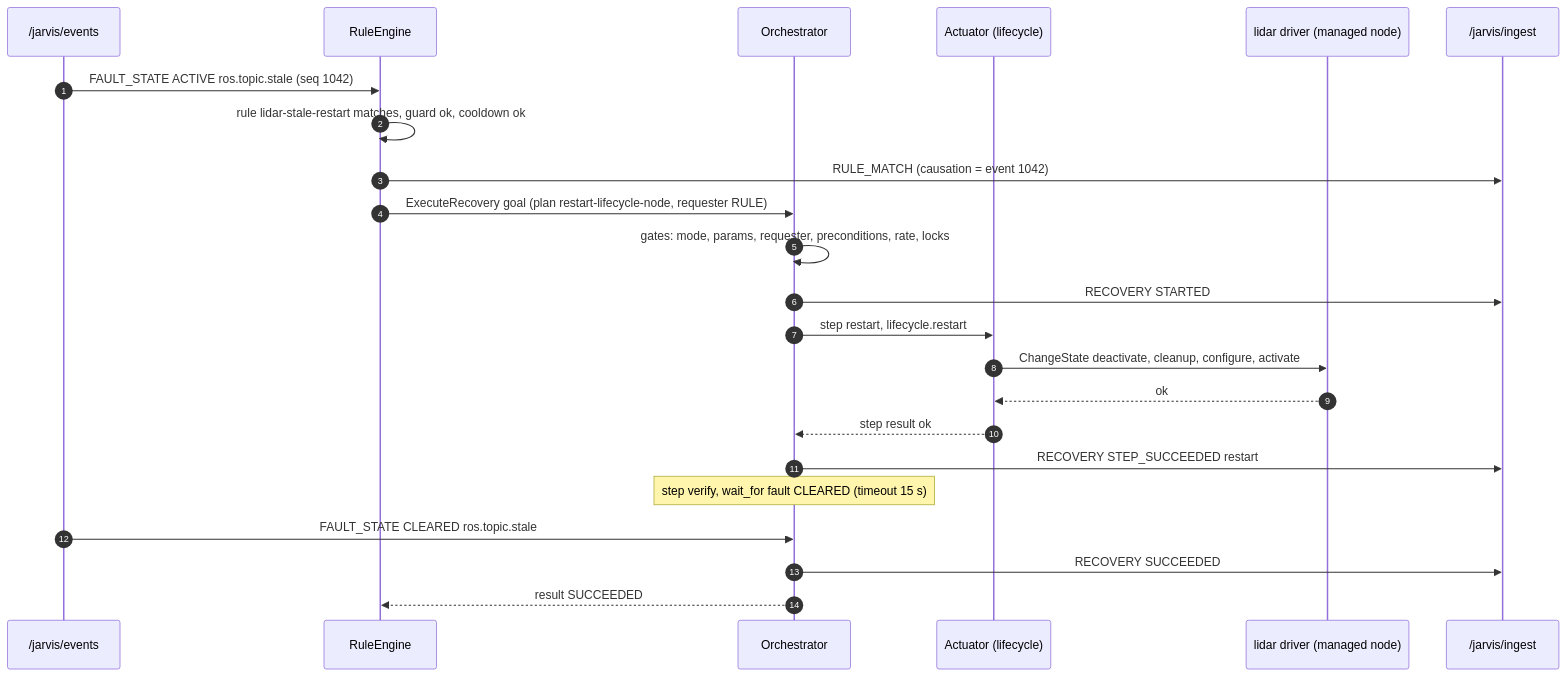
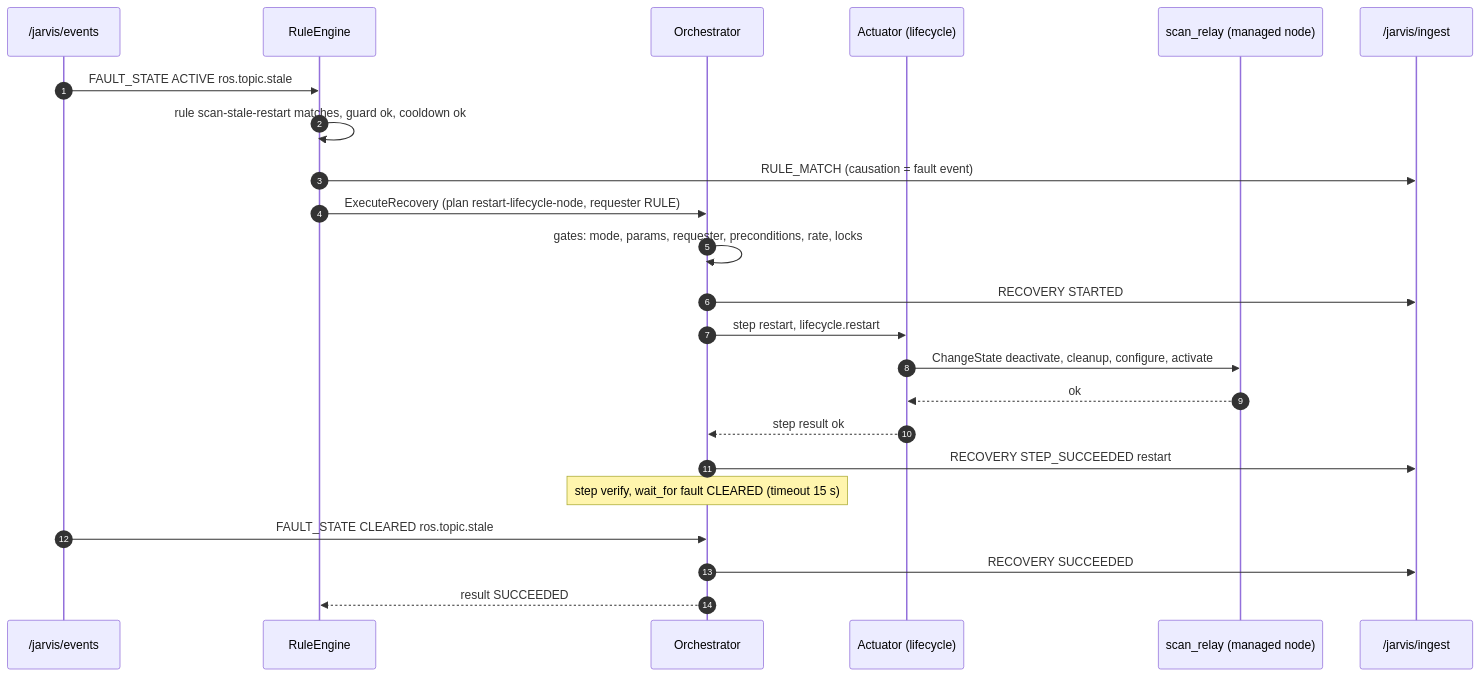
The fourth of 10 diagrams in docs/design/04-data-flow.md (guilyx/jarvis_ros2), drawn with Mermaid before and after one commit. The commit also changed other lines of this file and 20 other files, not shown here.

````diff
--- a/docs/design/04-data-flow.md
+++ b/docs/design/04-data-flow.md
@@ -105,26 +103,26 @@
 ```mermaid
 sequenceDiagram
   autonumber
   participant EV as /jarvis/events
   participant RE as RuleEngine
   participant RO as Orchestrator
   participant A as Actuator (lifecycle)
-  participant N as lidar driver (managed node)
+  participant N as scan_relay (managed node)
   participant IN as /jarvis/ingest
 
-  EV->>RE: FAULT_STATE ACTIVE ros.topic.stale (seq 1042)
-  RE->>RE: rule lidar-stale-restart matches, guard ok, cooldown ok
-  RE->>IN: RULE_MATCH (causation = event 1042)
-  RE->>RO: ExecuteRecovery goal (plan restart-lifecycle-node, requester RULE)
+  EV->>RE: FAULT_STATE ACTIVE ros.topic.stale
+  RE->>RE: rule scan-stale-restart matches, guard ok, cooldown ok
+  RE->>IN: RULE_MATCH (causation = fault event)
+  RE->>RO: ExecuteRecovery (plan restart-lifecycle-node, requester RULE)
   RO->>RO: gates: mode, params, requester, preconditions, rate, locks
   RO->>IN: RECOVERY STARTED
   RO->>A: step restart, lifecycle.restart
   A->>N: ChangeState deactivate, cleanup, configure, activate
   N-->>A: ok
   A-->>RO: step result ok
   RO->>IN: RECOVERY STEP_SUCCEEDED restart
   Note over RO: step verify, wait_for fault CLEARED (timeout 15 s)
   EV->>RO: FAULT_STATE CLEARED ros.topic.stale
   RO->>IN: RECOVERY SUCCEEDED
   RO-->>RE: result SUCCEEDED
 ```
````
